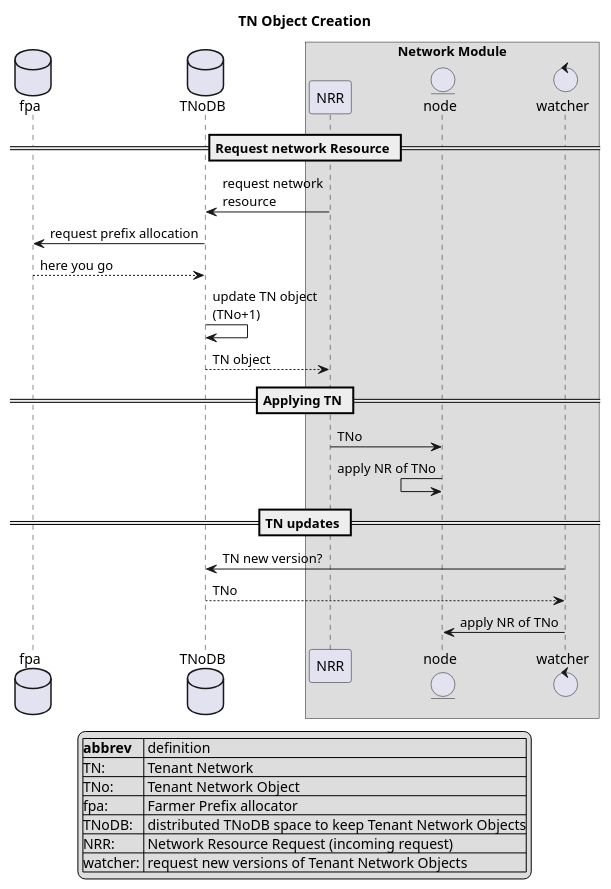
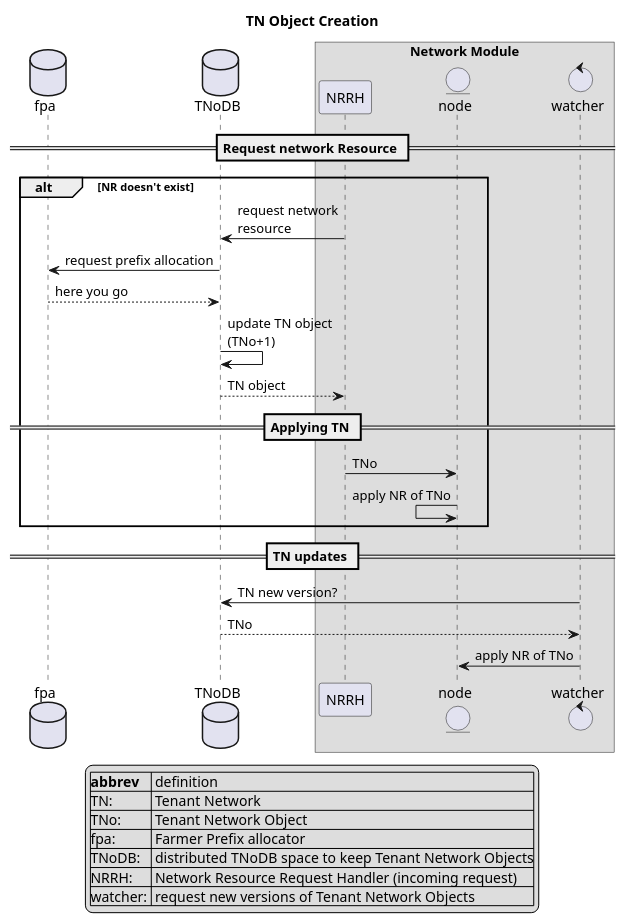
One commit to threefoldtech/zos changed the diagram in specs/network/TN_Obj_creation_update.wsd. Above: the diagram before and after it, drawn with PlantUML. The commit also changed 3 other files, not shown here.

```diff
--- a/specs/network/TN_Obj_creation_update.wsd
+++ b/specs/network/TN_Obj_creation_update.wsd
@@ -1,40 +1,42 @@
 @startuml
 title TN Object Creation
 ' fpa : Farmer Prefix Allocator
 database fpa
 ' TNoDB: TN Object TNoDB
 database TNoDB
-' NRR : Network Resource Request
+' NRRH : Network Resource Request
 box Network Module
-participant NRR
+participant NRRH
 ' node : 0-OS
 entity node
 ' 
 control watcher
 endbox
 
 == Request network Resource ==
-NRR -> TNoDB : request network\nresource
+alt NR doesn't exist
+NRRH -> TNoDB : request network\nresource
 TNoDB -> fpa : request prefix allocation
 fpa --> TNoDB : here you go
 TNoDB->TNoDB :update TN object\n(TNo+1)
-TNoDB --> NRR : TN object
+TNoDB --> NRRH : TN object
 == Applying TN == 
-NRR -> node : TNo
+NRRH -> node : TNo
 node <- node : apply NR of TNo
+end
 == TN updates ==
 watcher -> TNoDB : TN new version?
 watcher <-- TNoDB : TNo
 watcher -> node : apply NR of TNo
 
 
 legend
 |=abbrev  | definition   |
 |TN:      | Tenant Network|
 |TNo:     | Tenant Network Object |
 |fpa:     | Farmer Prefix allocator|
 |TNoDB:   | distributed TNoDB space to keep Tenant Network Objects|
-|NRR:     | Network Resource Request (incoming request)|
+|NRRH:     | Network Resource Request Handler (incoming request)|
 |watcher: | request new versions of Tenant Network Objects|
 endlegend
 @enduml
```
